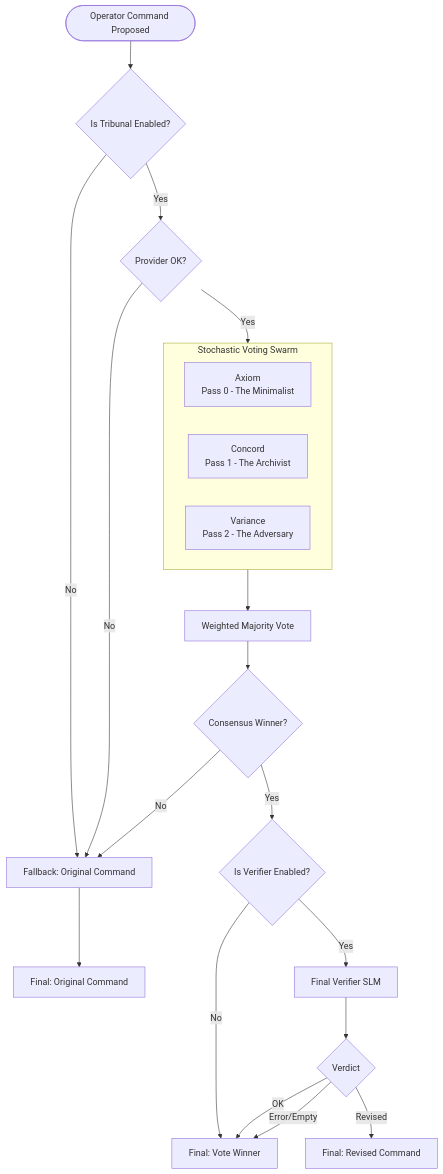
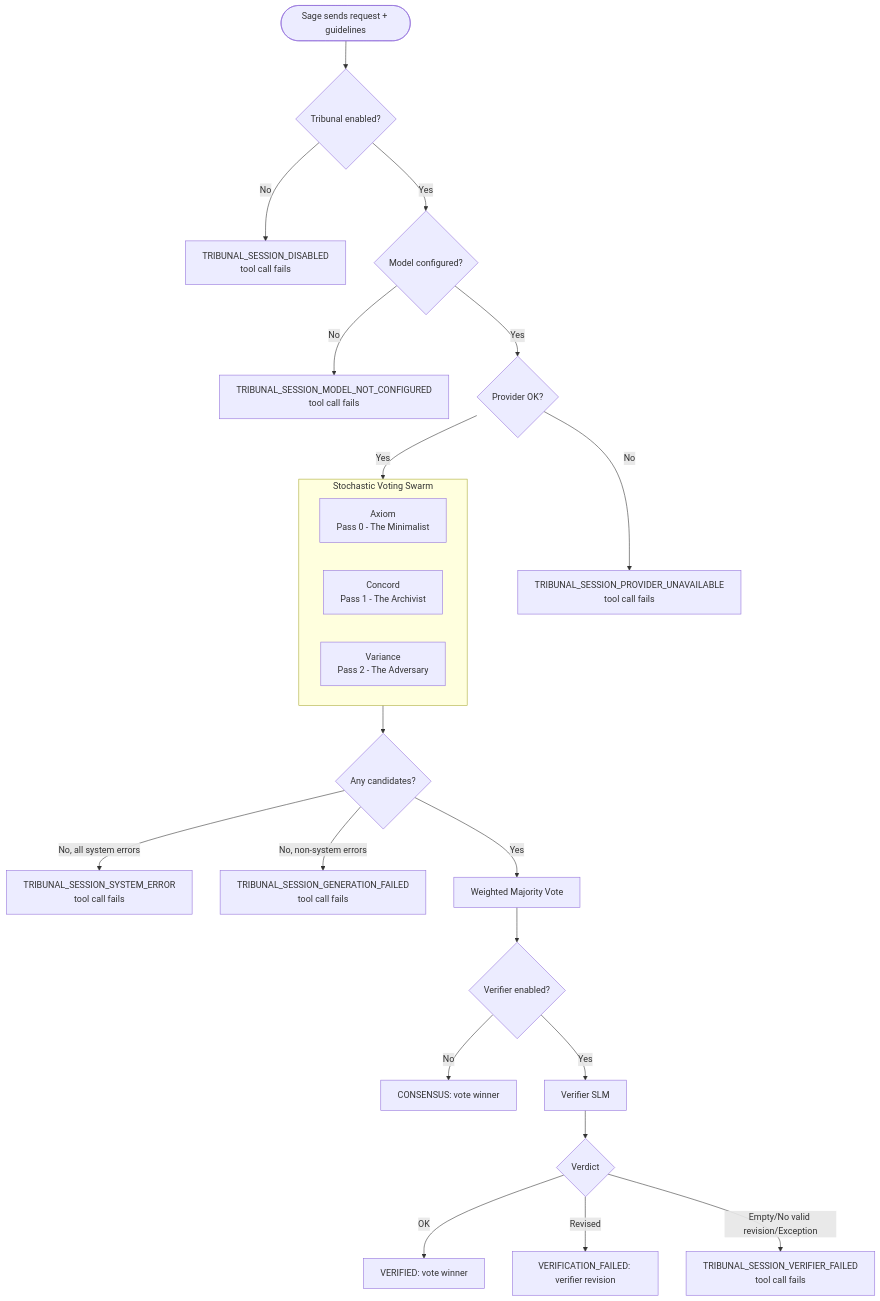
One commit to g8e-ai/g8e changed the fourth of 4 diagrams in docs/architecture/ai_agents.md. Above: the diagram before and after it, drawn with Mermaid. The commit also changed other lines of this file and 29 other files, not shown here.

Commit message:
Tribunal error -> event -> tool-call-failure consolidation

````diff
--- a/docs/architecture/ai_agents.md
+++ b/docs/architecture/ai_agents.md
@@ -680,33 +680,34 @@
 ```mermaid
 flowchart TD
-    In([Operator Command Proposed]) --> Enabled{Is Tribunal Enabled?}
-    
-    Enabled -- No --> Fallback[Fallback: Original Command]
-    Enabled -- Yes --> Provider{Provider OK?}
-    
-    Provider -- No --> Fallback
+    In([Sage sends request + guidelines]) --> Enabled{Tribunal enabled?}
+
+    Enabled -- No --> Disabled[TRIBUNAL_SESSION_DISABLED<br/>tool call fails]
+    Enabled -- Yes --> Model{Model configured?}
+
+    Model -- No --> NoModel[TRIBUNAL_SESSION_MODEL_NOT_CONFIGURED<br/>tool call fails]
+    Model -- Yes --> Provider{Provider OK?}
+
+    Provider -- No --> NoProvider[TRIBUNAL_SESSION_PROVIDER_UNAVAILABLE<br/>tool call fails]
     Provider -- Yes --> Gen[Parallel Generation Phase]
-    
+
     subgraph Gen [Stochastic Voting Swarm]
         direction LR
         P1[Axiom<br/>Pass 0 - The Minimalist]
         P2[Concord<br/>Pass 1 - The Archivist]
         P3[Variance<br/>Pass 2 - The Adversary]
     end
-    
-    Gen --> Vote[Weighted Majority Vote]
-    Vote --> Winner{Consensus Winner?}
-    
-    Winner -- No --> Fallback
-    Winner -- Yes --> VerifierEnabled{Is Verifier Enabled?}
-    
-    VerifierEnabled -- No --> OutVote[Final: Vote Winner]
-    VerifierEnabled -- Yes --> Verify[Final Verifier SLM]
-    
+
+    Gen --> Candidates{Any candidates?}
+    Candidates -- No, all system errors --> SysErr[TRIBUNAL_SESSION_SYSTEM_ERROR<br/>tool call fails]
+    Candidates -- No, non-system errors --> GenFail[TRIBUNAL_SESSION_GENERATION_FAILED<br/>tool call fails]
+    Candidates -- Yes --> Vote[Weighted Majority Vote]
+
+    Vote --> VerifierEnabled{Verifier enabled?}
+    VerifierEnabled -- No --> OutVote[CONSENSUS: vote winner]
+    VerifierEnabled -- Yes --> Verify[Verifier SLM]
+
     Verify --> Review{Verdict}
-    Review -- OK --> OutVote
-    Review -- Error/Empty --> OutVote
-    Review -- Revised --> OutRev[Final: Revised Command]
-    
-    Fallback --> OutFall[Final: Original Command]
+    Review -- OK --> OutVerified[VERIFIED: vote winner]
+    Review -- Revised --> OutRev[VERIFICATION_FAILED: verifier revision]
+    Review -- Empty/No valid revision/Exception --> VerFail[TRIBUNAL_SESSION_VERIFIER_FAILED<br/>tool call fails]
 ```
````
